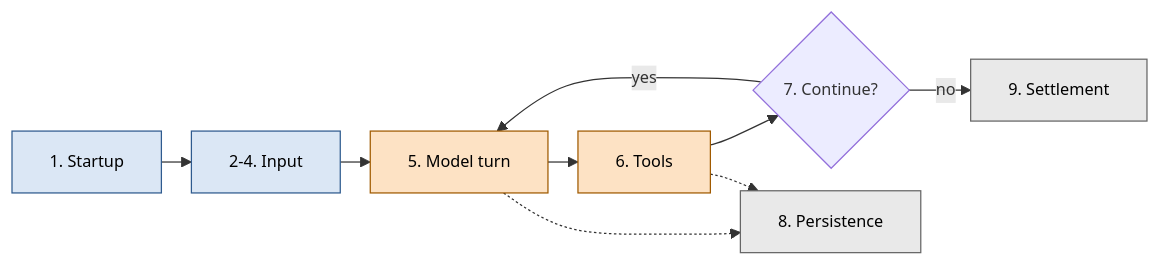
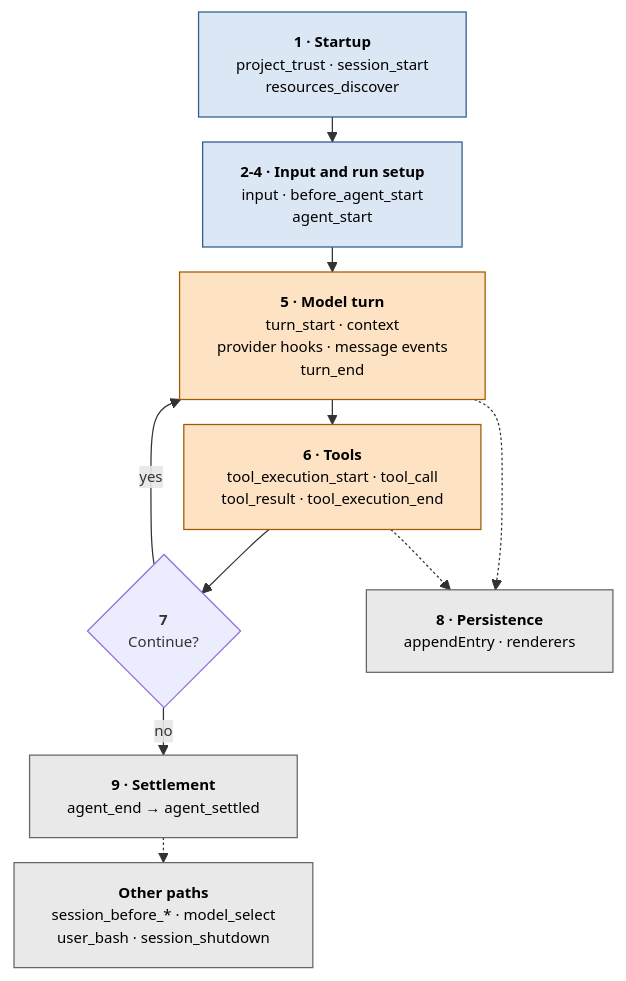
One commit to lukechen526/pi changed the first of 6 diagrams in developer-guide/06-lifecycle-and-hooks.qmd. Above: the diagram before and after it, drawn with Mermaid. The commit also changed other lines of this file and 1 other file, not shown here.

First line of the commit message:
docs: merge lifecycle maps, move legend before the map

````diff
--- a/developer-guide/06-lifecycle-and-hooks.qmd
+++ b/developer-guide/06-lifecycle-and-hooks.qmd
@@ -145,23 +117,24 @@
 ```{mermaid}
-%%| label: fig-prompt-lifecycle-overview
-%%| fig-cap: "The complete prompt path. Startup loads and trusts extensions; input and interception build the run; each model turn assembles context, calls the provider, and streams; tools are validated, gated, and executed; persistence records finalized work throughout; settlement closes the run."
-%%| fig-pos: "H"
-%%| fig-width: 6.3
-%%{init: {"flowchart": {"nodeSpacing": 18, "rankSpacing": 24}, "themeVariables": {"fontSize": "13px"}}}%%
-flowchart LR
-  S0["1. Startup"]:::input
-  S1["2-4. Input"]:::input
-  S5["5. Model turn"]:::turn
-  S6["6. Tools"]:::turn
-  S7{"7. Continue?"}
-  S8["8. Persistence"]:::settle
-  S9["9. Settlement"]:::settle
+%%| label: fig-extension-lifecycle-map
+%%| fig-cap: "The lifecycle in one picture: the nine stages of a prompt with the key extension events that fire in each. Blue handles input, amber is the model's working turn, gray keeps the record. The table above lists every event on each segment."
+%%| fig-width: 4.6
+%%{init: {"flowchart": {"nodeSpacing": 14, "rankSpacing": 20}, "themeVariables": {"fontSize": "12px"}}}%%
+flowchart TD
+  S0["<b>1 · Startup</b><br/>project_trust · session_start<br/>resources_discover"]:::input
+  S1["<b>2-4 · Input and run setup</b><br/>input · before_agent_start<br/>agent_start"]:::input
+  S5["<b>5 · Model turn</b><br/>turn_start · context<br/>provider hooks · message events<br/>turn_end"]:::turn
+  S6["<b>6 · Tools</b><br/>tool_execution_start · tool_call<br/>tool_result · tool_execution_end"]:::turn
+  S7{"<b>7</b><br/>Continue?"}
+  S8["<b>8 · Persistence</b><br/>appendEntry · renderers"]:::settle
+  S9["<b>9 · Settlement</b><br/>agent_end → agent_settled"]:::settle
+  O["<b>Other paths</b><br/>session_before_* · model_select<br/>user_bash · session_shutdown"]:::settle
   S0 --> S1 --> S5 --> S6 --> S7
   S7 -->|"yes"| S5
   S7 -->|"no"| S9
   S5 -.-> S8
   S6 -.-> S8
+  S9 -.-> O
   classDef input fill:#dbe7f5,stroke:#2f5b8f,color:#000000
   classDef turn fill:#fde2c4,stroke:#a05a00,color:#000000
   classDef settle fill:#e9e9e9,stroke:#666666,color:#000000
 ```
````
